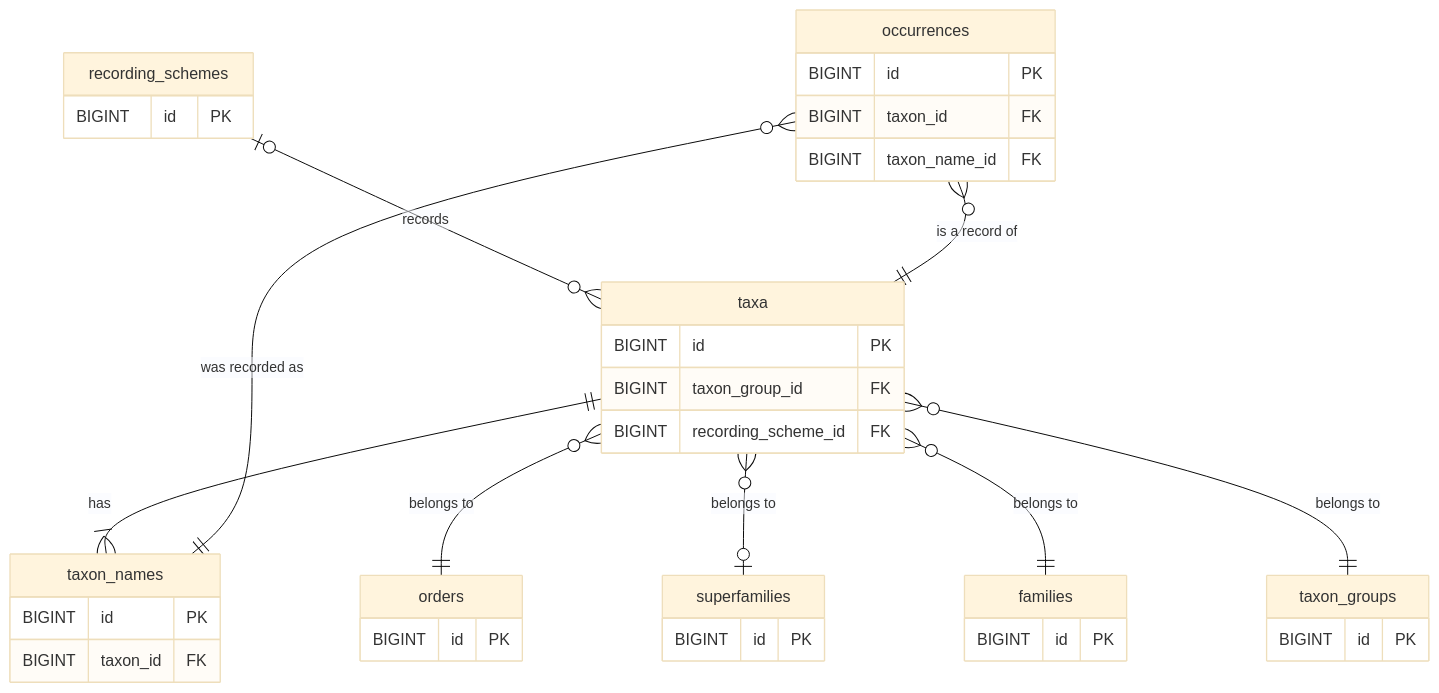
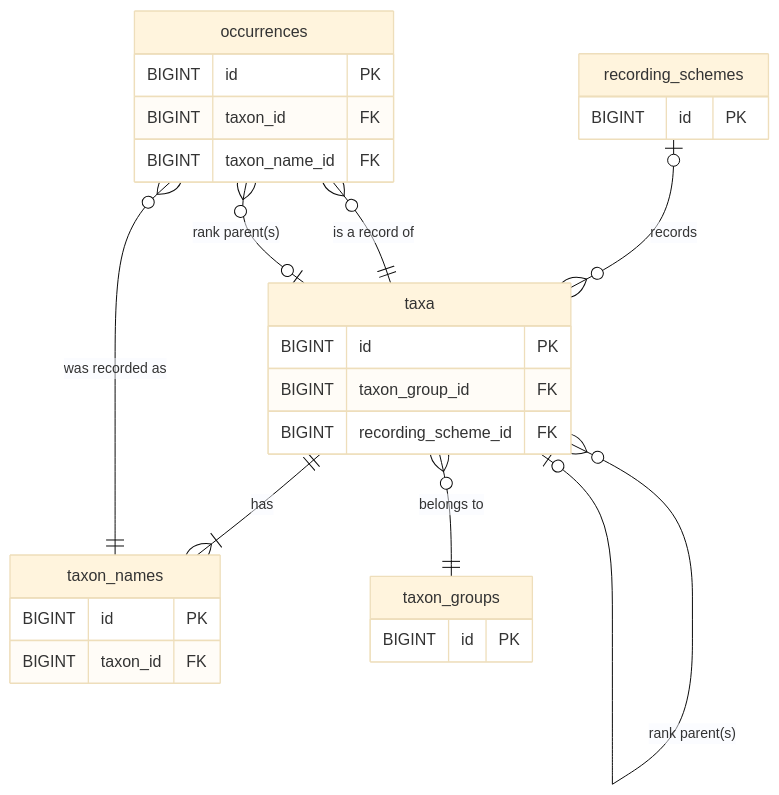
Before and after one commit to National-Museums-Liverpool/tanhub: the diagram in docs/database.md, drawn with Mermaid (base theme). The commit also changed other lines of this file and 32 other files, not shown here.

````diff
--- a/docs/database.md
+++ b/docs/database.md
@@ -22,49 +22,36 @@
 ```mermaid
 erDiagram
   taxa {
     BIGINT id PK
     BIGINT taxon_group_id FK
     BIGINT recording_scheme_id FK
   }
 
   taxon_names {
     BIGINT id PK
     BIGINT taxon_id FK
   }
 
   taxon_groups {
     BIGINT id PK
   }
 
-  orders {
-    BIGINT id PK
-  }
-
-  superfamilies {
-    BIGINT id PK
-  }
-
-  families {
-    BIGINT id PK
-  }
-
   recording_schemes {
     BIGINT id PK
   }
 
   occurrences {
     BIGINT id PK
     BIGINT taxon_id FK
     BIGINT taxon_name_id FK
   }
 
   recording_schemes |o--o{ taxa: records
   taxa ||--|{ taxon_names: has
-  taxa }o--|| orders: "belongs to"
-  taxa }o--o| superfamilies: "belongs to"
-  taxa }o--|| families: "belongs to"
+  taxa }o--o| taxa: "rank parent(s)"
   taxa }o--|| taxon_groups: "belongs to"
   occurrences }o--|| taxa: "is a record of"
+  occurrences }o--o| taxa: "rank parent(s)"
   occurrences }o--|| taxon_names: "was recorded as"
 
 ```
````
